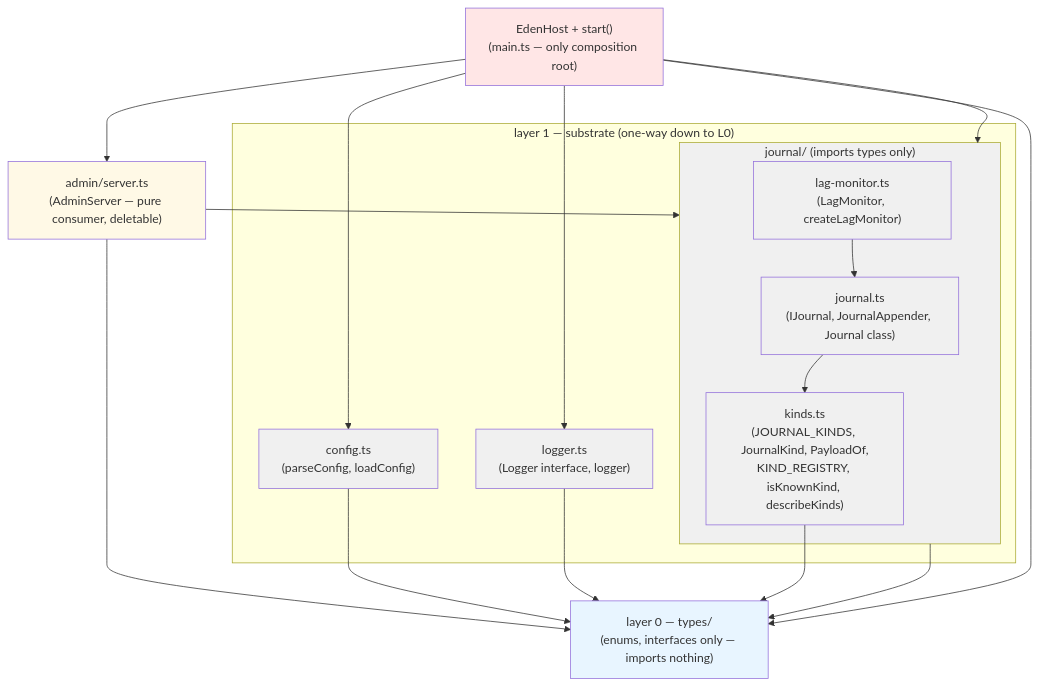
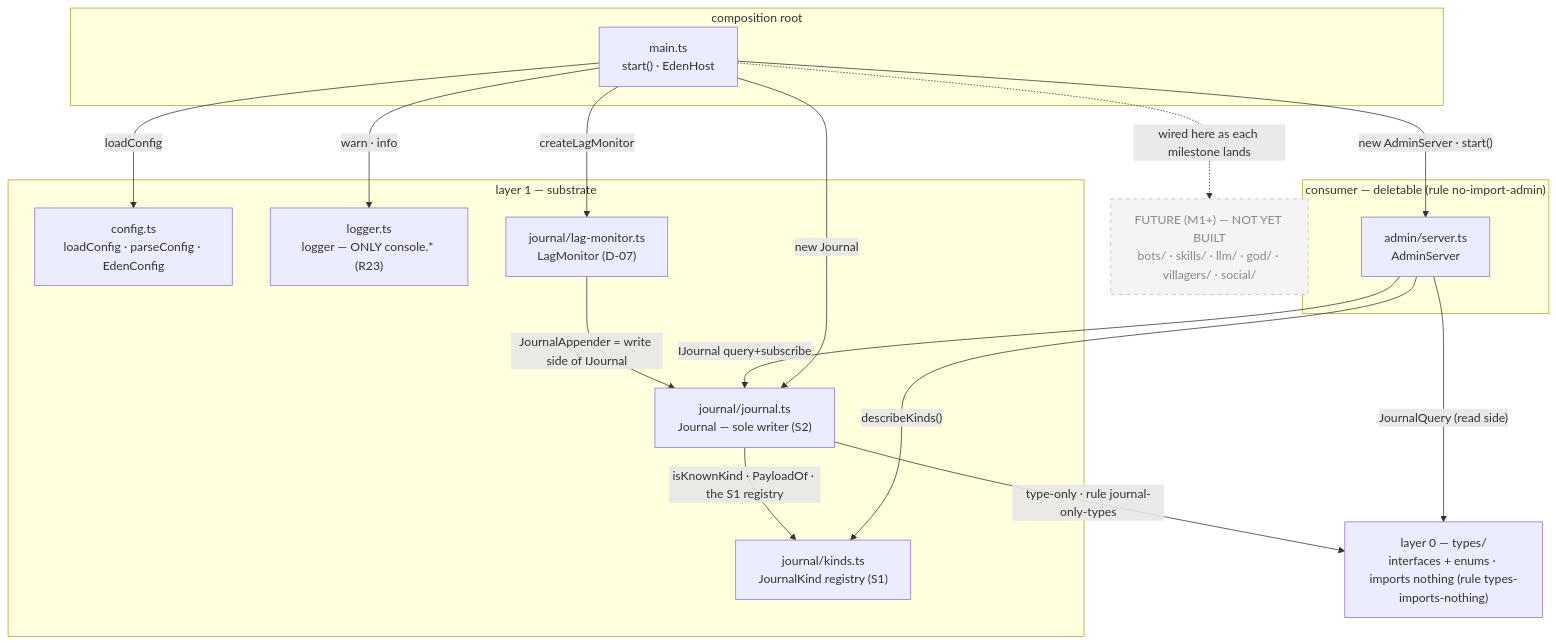
The first of 4 diagrams in docs/15-m0-as-built.md (Paul-Hubert/PaulsBrawls), drawn with Mermaid before and after one commit. The commit also changed other lines of this file and 193 other files, not shown here.

Commit message:
feat(eden): from-scratch AI-village rewrite M0–M7 (loop + God desks + events + society + parity)

````diff
--- a/docs/15-m0-as-built.md
+++ b/docs/15-m0-as-built.md
@@ -10,37 +27,34 @@
 ```mermaid
 flowchart TD
-    MAIN["EdenHost + start()<br/>(main.ts — only composition root)"]
-    
-    subgraph L1["layer 1 — substrate (one-way down to L0)"]
-        CFG["config.ts<br/>(parseConfig, loadConfig)"]
-        LOG["logger.ts<br/>(Logger interface, logger)"]
-        subgraph JRN["journal/ (imports types only)"]
-            KINDS["kinds.ts<br/>(JOURNAL_KINDS, JournalKind, PayloadOf,<br/>KIND_REGISTRY, isKnownKind, describeKinds)"]
-            JNL["journal.ts<br/>(IJournal, JournalAppender, Journal class)"]
-            LAG["lag-monitor.ts<br/>(LagMonitor, createLagMonitor)"]
-        end
+    subgraph ROOT["composition root"]
+        MAIN["main.ts<br/>start() · EdenHost"]
     end
-    
-    CONSUMER["admin/server.ts<br/>(AdminServer — pure consumer, deletable)"]
-    
-    L0["layer 0 — types/<br/>(enums, interfaces only — imports nothing)"]
-    
-    MAIN --> CONSUMER & JRN & CFG & LOG & L0
-    CONSUMER --> JRN & L0
-    JRN --> L0
-    CFG --> L0
-    LOG --> L0
-    KINDS --> L0
-    JNL --> KINDS
-    LAG --> JNL
-    
-    classDef l0 fill:#e8f5ff
-    classDef l1 fill:#f0f0f0
-    classDef consumer fill:#fff9e6
-    classDef root fill:#ffe6e6
-    
-    class L0 l0
-    class JRN,CFG,LOG,KINDS,JNL,LAG l1
-    class CONSUMER consumer
-    class MAIN root
+    subgraph CONS["consumer — deletable (rule no-import-admin)"]
+        ADMIN["admin/server.ts<br/>AdminServer"]
+    end
+    subgraph L1["layer 1 — substrate"]
+        CFG["config.ts<br/>loadConfig · parseConfig · EdenConfig"]
+        LOG["logger.ts<br/>logger — ONLY console.* (R23)"]
+        KINDS["journal/kinds.ts<br/>JournalKind registry (S1)"]
+        JRN["journal/journal.ts<br/>Journal — sole writer (S2)"]
+        LAG["journal/lag-monitor.ts<br/>LagMonitor (D-07)"]
+    end
+    L0["layer 0 — types/<br/>interfaces + enums · imports nothing (rule types-imports-nothing)"]
+
+    JRN -->|"type-only · rule journal-only-types"| L0
+    JRN -->|"isKnownKind · PayloadOf · the S1 registry"| KINDS
+    LAG -->|"JournalAppender = write side of IJournal"| JRN
+    ADMIN -->|"JournalQuery (read side)"| L0
+    ADMIN -->|"IJournal query+subscribe"| JRN
+    ADMIN -->|"describeKinds()"| KINDS
+    MAIN -->|"loadConfig"| CFG
+    MAIN -->|"warn · info"| LOG
+    MAIN -->|"new Journal"| JRN
+    MAIN -->|"createLagMonitor"| LAG
+    MAIN -->|"new AdminServer · start()"| ADMIN
+
+    FUTURE["FUTURE (M1+) — NOT YET BUILT<br/>bots/ · skills/ · llm/ · god/ · villagers/ · social/"]
+    MAIN -.->|"wired here as each milestone lands"| FUTURE
+
+    style FUTURE fill:#f4f4f4,stroke:#bbb,stroke-dasharray:5 5,color:#888
 ```
````
